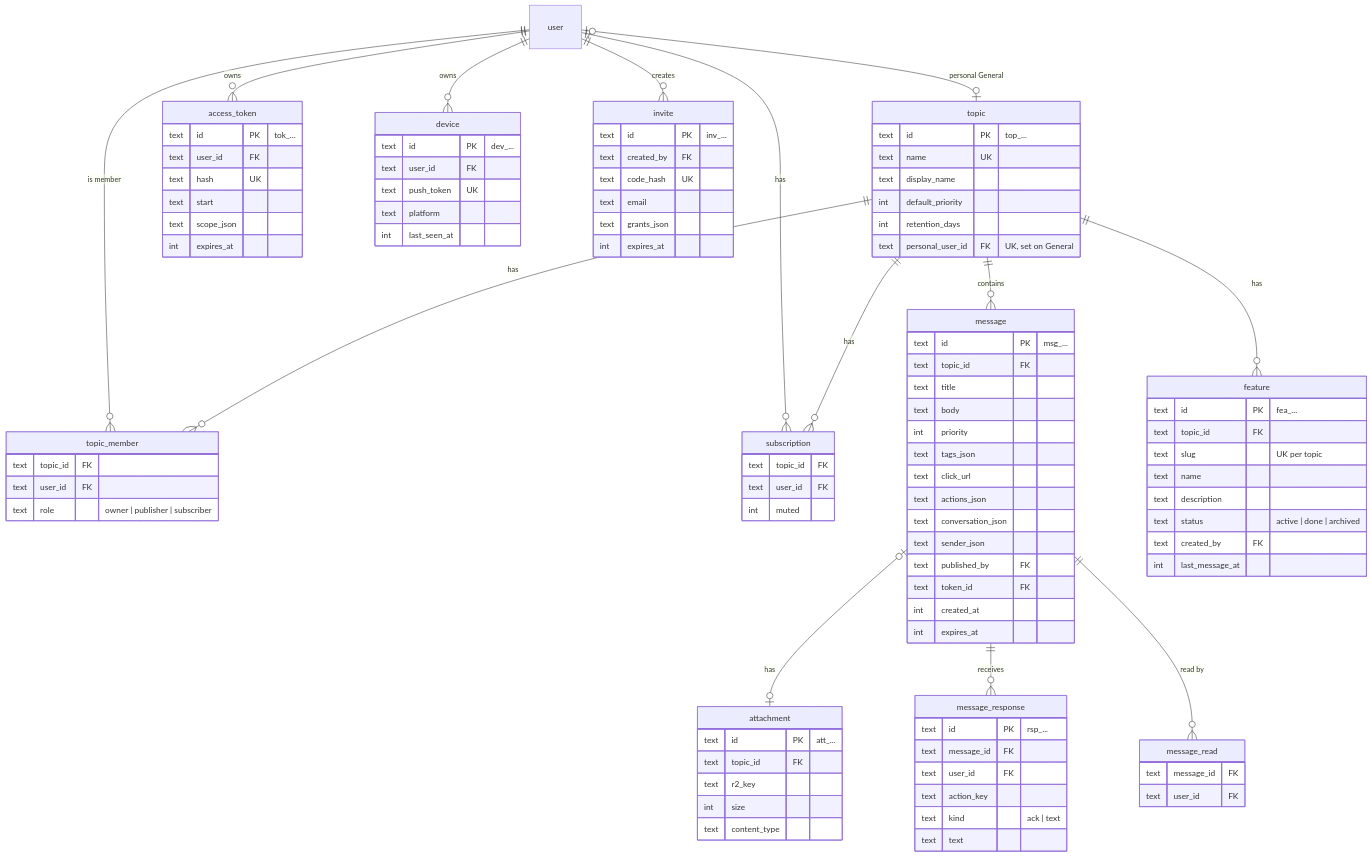
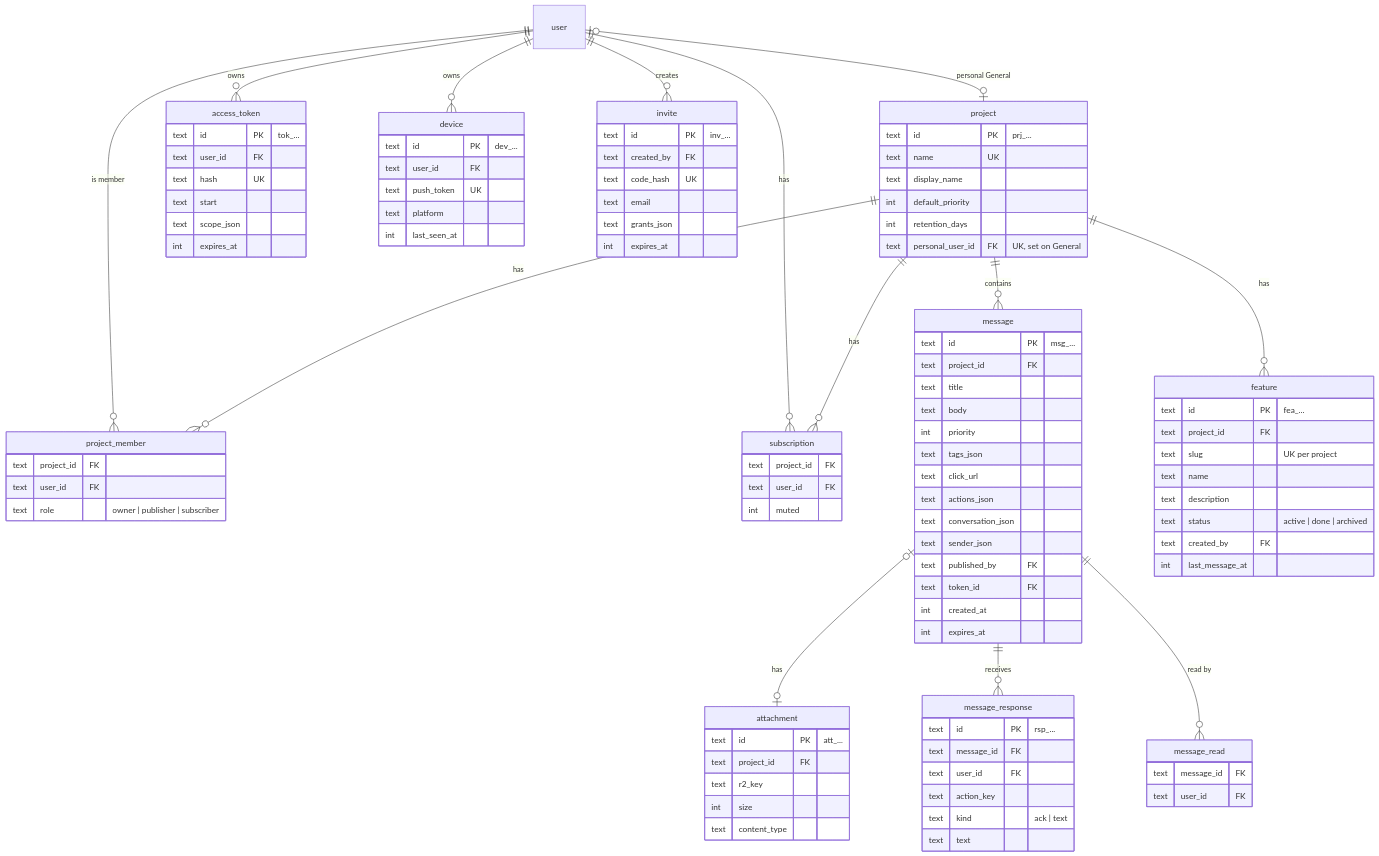
Before and after one commit to BRTZL/pocket-notifier: the diagram in apps/fumadocs/content/docs/architecture/data-model.mdx, drawn with Mermaid. The commit also changed other lines of this file and 20 other files, not shown here.

````diff
--- a/apps/fumadocs/content/docs/architecture/data-model.mdx
+++ b/apps/fumadocs/content/docs/architecture/data-model.mdx
@@ -8,12 +8,12 @@
 ```mermaid
 erDiagram
-  user ||--o{ topic_member : "is member"
-  topic ||--o{ topic_member : has
+  user ||--o{ project_member : "is member"
+  project ||--o{ project_member : has
   user ||--o{ subscription : has
-  topic ||--o{ subscription : has
-  topic ||--o{ message : contains
-  topic ||--o{ feature : has
-  user |o--o| topic : "personal General"
+  project ||--o{ subscription : has
+  project ||--o{ message : contains
+  project ||--o{ feature : has
+  user |o--o| project : "personal General"
   message |o--o| attachment : has
   message ||--o{ message_response : receives
   message ||--o{ message_read : "read by"
@@ -21,8 +21,8 @@
   user ||--o{ device : owns
   user ||--o{ invite : creates
 
-  topic {
-    text id PK "top_..."
+  project {
+    text id PK "prj_..."
     text name UK
     text display_name
     int default_priority
@@ -31,27 +31,27 @@
   }
   feature {
     text id PK "fea_..."
-    text topic_id FK
-    text slug "UK per topic"
+    text project_id FK
+    text slug "UK per project"
     text name
     text description
     text status "active | done | archived"
     text created_by FK
     int last_message_at
   }
-  topic_member {
-    text topic_id FK
+  project_member {
+    text project_id FK
     text user_id FK
     text role "owner | publisher | subscriber"
   }
   subscription {
-    text topic_id FK
+    text project_id FK
     text user_id FK
     int muted
   }
   message {
     text id PK "msg_..."
-    text topic_id FK
+    text project_id FK
     text title
     text body
     int priority
@@ -67,7 +67,7 @@
   }
   attachment {
     text id PK "att_..."
-    text topic_id FK
+    text project_id FK
     text r2_key
     int size
     text content_type
````
